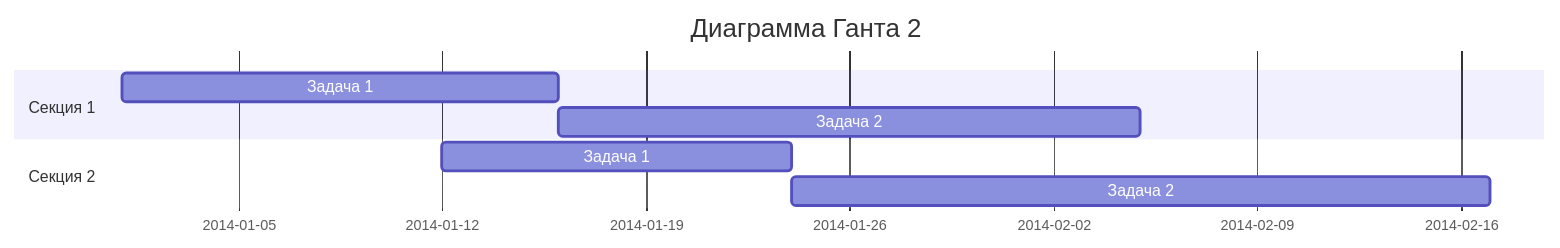
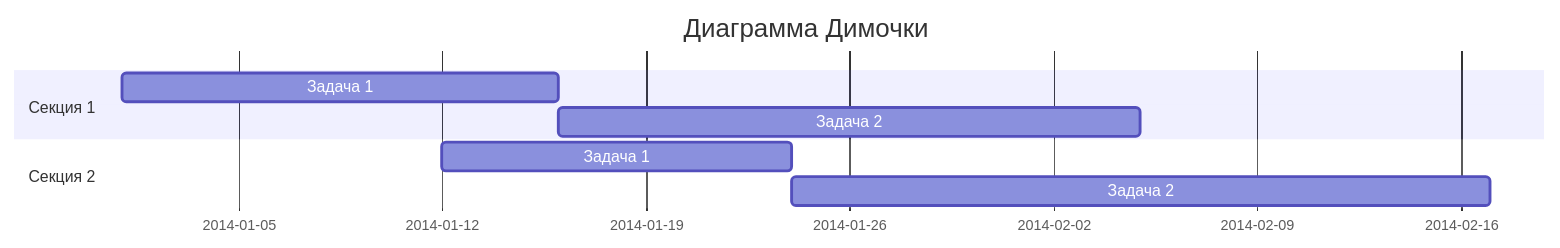
One commit to dmitrii-thera/sofia-repo changed the second of 2 diagrams in README.md. Above: the diagram before and after it, drawn with Mermaid. The commit also changed other lines of this file, not shown here.

````diff
--- a/README.md
+++ b/README.md
@@ -15,11 +15,11 @@
 ```mermaid
 gantt
-    title Диаграмма Ганта 2
+    title Диаграмма Димочки
     dateFormat  YYYY-MM-DD
     section Секция 1
     Задача 1         :a1, 2014-01-01, 15d
     Задача 2         :20d
     section Секция 2
     Задача 1         :2014-01-12  , 12d
     Задача 2         : 24d
 ```
````
